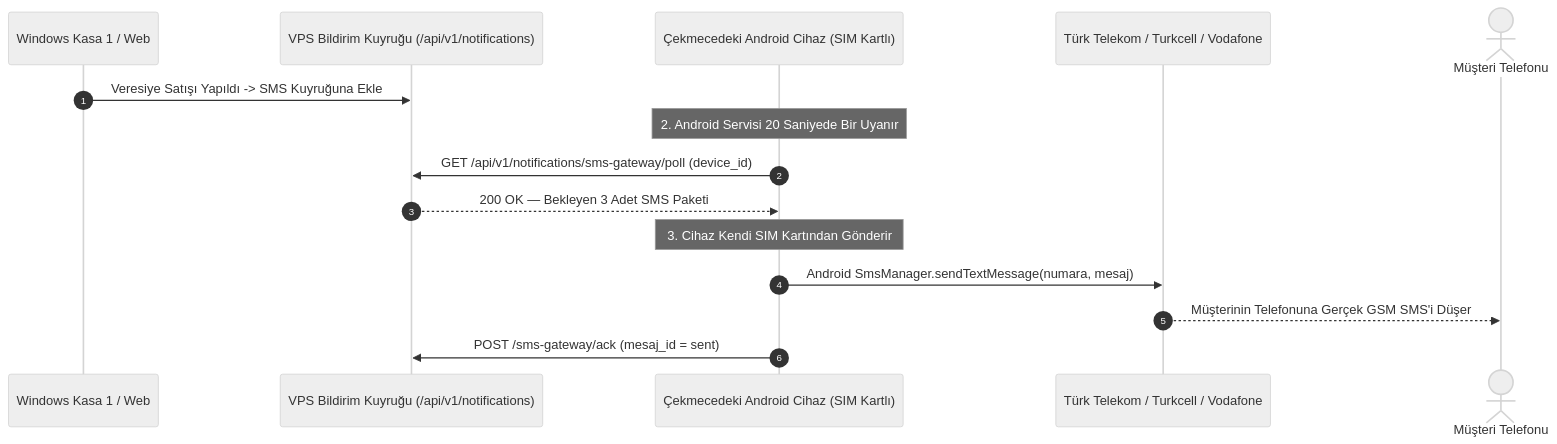
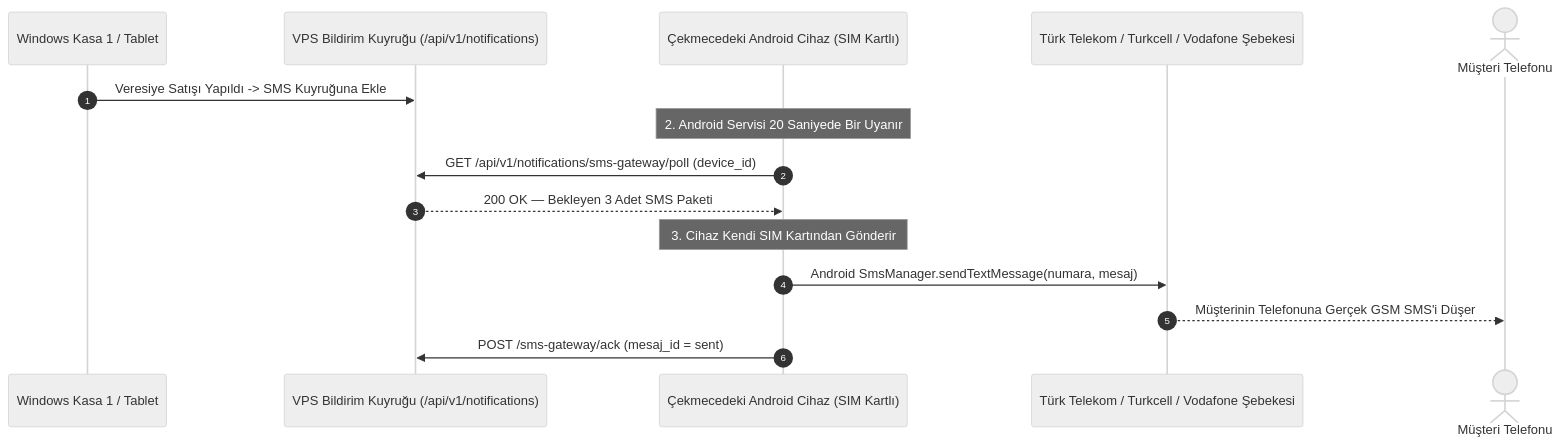
Before and after one commit to mhmtgwn/serenut: the tenth of 12 diagrams in docs/SERENUT_OS_MASTER_OPERATING_MANUAL.md, drawn with Mermaid (neutral theme). The commit also changed other lines of this file and 1 other file, not shown here.

Commit message:
docs: expand WhatsApp, SIM Gateway, and Web Portal chapters; clean CI test filter

````diff
--- a/docs/SERENUT_OS_MASTER_OPERATING_MANUAL.md
+++ b/docs/SERENUT_OS_MASTER_OPERATING_MANUAL.md
@@ -604,18 +796,18 @@
 ```mermaid
 sequenceDiagram
     autonumber
-    participant Kasa as Windows Kasa 1 / Web
+    participant Kasa as Windows Kasa 1 / Tablet
     participant Server as VPS Bildirim Kuyruğu (/api/v1/notifications)
     participant Phone as Çekmecedeki Android Cihaz (SIM Kartlı)
-    participant GSM as Türk Telekom / Turkcell / Vodafone
+    participant GSM as Türk Telekom / Turkcell / Vodafone Şebekesi
     actor Customer as Müşteri Telefonu
 
     Kasa->>Server: Veresiye Satışı Yapıldı -> SMS Kuyruğuna Ekle
     Note over Phone: 2. Android Servisi 20 Saniyede Bir Uyanır
     Phone->>Server: GET /api/v1/notifications/sms-gateway/poll (device_id)
     Server-->>Phone: 200 OK — Bekleyen 3 Adet SMS Paketi
     Note over Phone: 3. Cihaz Kendi SIM Kartından Gönderir
     Phone->>GSM: Android SmsManager.sendTextMessage(numara, mesaj)
     GSM-->>Customer: Müşterinin Telefonuna Gerçek GSM SMS'i Düşer
     Phone->>Server: POST /sms-gateway/ack (mesaj_id = sent)
 ```
````
